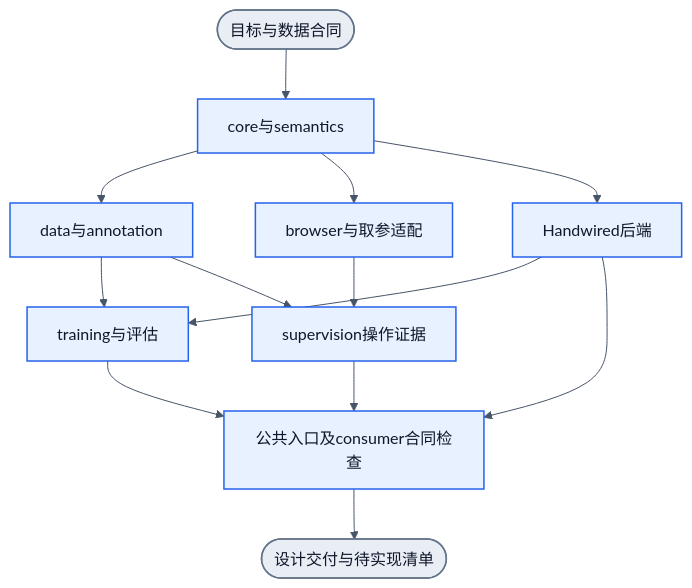
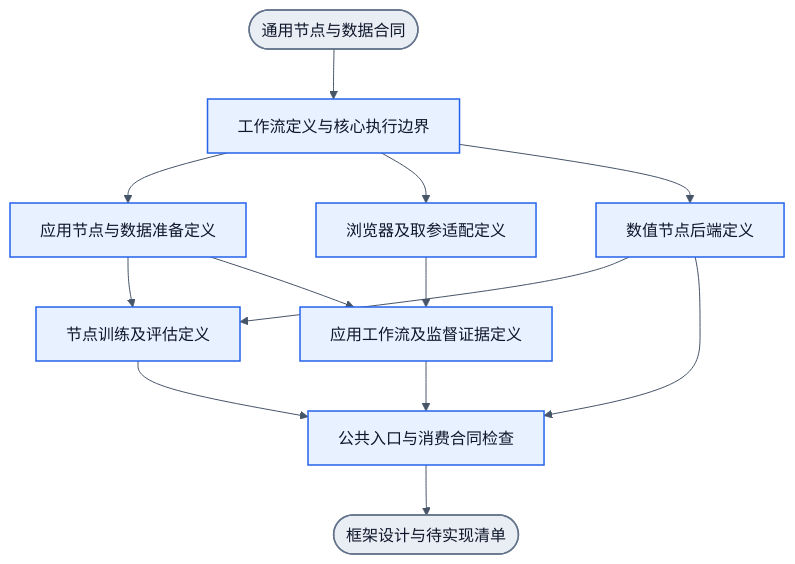
One commit to Jasonzhangf/NNAnything changed the first of 2 diagrams in docs/design.md. Above: the diagram before and after it, drawn with Mermaid. The commit also changed other lines of this file and 6 other files, not shown here.

````diff
--- a/docs/design.md
+++ b/docs/design.md
@@ -90,18 +92,18 @@
 ```mermaid
 flowchart TD
-  S([目标与数据合同]):::boundary --> C[core与semantics]:::action
-  C --> D[data与annotation]:::action
-  C --> B[browser与取参适配]:::action
-  C --> H[Handwired后端]:::action
-  D --> T[training与评估]:::action
+  S([通用节点与数据合同]):::boundary --> C[工作流定义与核心执行边界]:::action
+  C --> D[应用节点与数据准备定义]:::action
+  C --> B[浏览器及取参适配定义]:::action
+  C --> H[数值节点后端定义]:::action
+  D --> T[节点训练及评估定义]:::action
   H --> T
-  B --> U[supervision操作证据]:::action
+  B --> U[应用工作流及监督证据定义]:::action
   D --> U
-  T --> P[公共入口及consumer合同检查]:::action
+  T --> P[公共入口与消费合同检查]:::action
   U --> P
   H --> P
-  P --> Z([设计交付与待实现清单]):::boundary
+  P --> Z([框架设计与待实现清单]):::boundary
   classDef boundary fill:#E9EEF5,stroke:#64748B,color:#0F172A,stroke-width:1.5px
   classDef action fill:#E8F1FF,stroke:#2563EB,color:#0F172A,stroke-width:1.5px
   linkStyle default stroke:#475569
 ```
````
